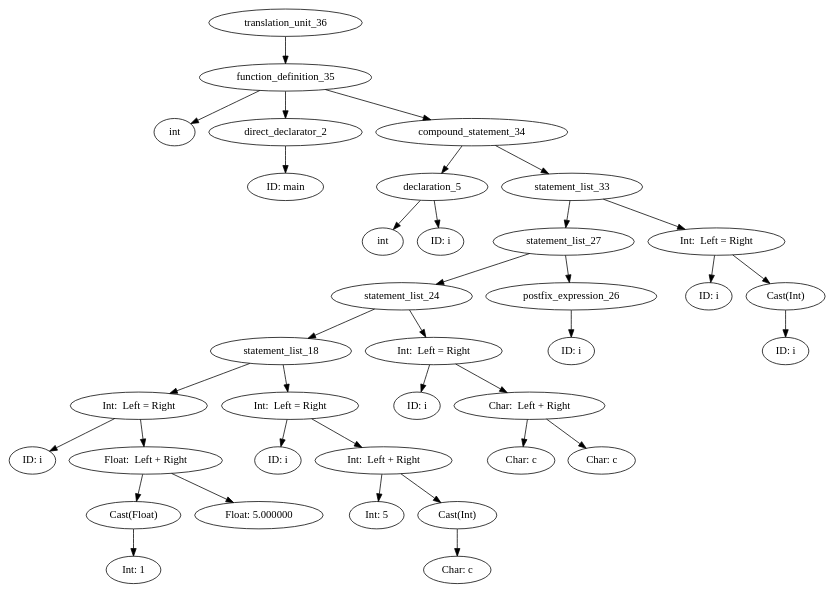
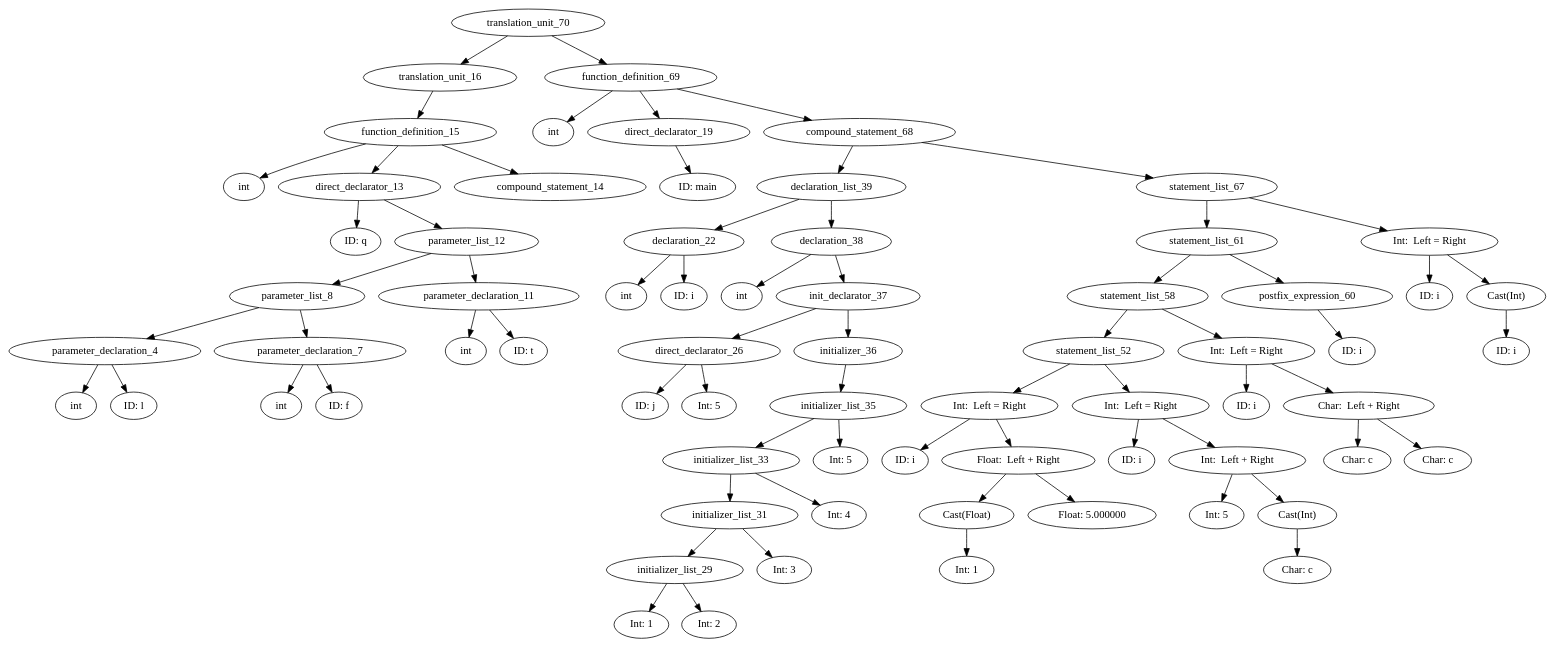
One commit to ahpalmerUNR/c_compiler changed the diagram in graphs/default.gv. Above: the diagram before and after it, drawn with Graphviz. The commit also changed 1 other file, not shown here.

```diff
--- a/graphs/default.gv
+++ b/graphs/default.gv
@@ -1,63 +1,113 @@
 digraph AST {
-	translation_unit_36 -> function_definition_35;
-	function_definition_35 -> type_specifier_0;
+	translation_unit_70 -> translation_unit_16;
+	translation_unit_16 -> function_definition_15;
+	function_definition_15 -> type_specifier_0;
 	type_specifier_0 [label="int"]
-	function_definition_35 -> direct_declarator_2;
-	direct_declarator_2 -> identifier_1;
-	identifier_1 [label="ID: main"]
-	function_definition_35 -> compound_statement_34;
-	compound_statement_34 -> declaration_5;
-	declaration_5 -> type_specifier_3;
-	type_specifier_3 [label="int"]
-	declaration_5 -> identifier_4;
-	identifier_4 [label="ID: i"]
-	compound_statement_34 -> statement_list_33;
-	statement_list_33 -> statement_list_27;
-	statement_list_27 -> statement_list_24;
-	statement_list_24 -> statement_list_18;
-	statement_list_18 -> assignment_expression_11;
-	assignment_expression_11 [label="Int:  Left = Right"]
-	assignment_expression_11 -> identifier_6;
-	identifier_6 [label="ID: i"]
-	assignment_expression_11 -> operator_expression_9;
-	operator_expression_9 [label="Float:  Left + Right"]
-	operator_expression_9 -> implicit_cast_10;
-	implicit_cast_10 [label="Cast(Float)"]
-	implicit_cast_10 -> constant_7;
-	constant_7 [label="Int: 1"]
-	operator_expression_9 -> constant_8;
-	constant_8 [label="Float: 5.000000"]
-	statement_list_18 -> assignment_expression_17;
-	assignment_expression_17 [label="Int:  Left = Right"]
-	assignment_expression_17 -> identifier_12;
-	identifier_12 [label="ID: i"]
-	assignment_expression_17 -> operator_expression_15;
-	operator_expression_15 [label="Int:  Left + Right"]
-	operator_expression_15 -> constant_13;
-	constant_13 [label="Int: 5"]
-	operator_expression_15 -> implicit_cast_16;
-	implicit_cast_16 [label="Cast(Int)"]
-	implicit_cast_16 -> constant_14;
-	constant_14 [label="Char: c"]
-	statement_list_24 -> assignment_expression_23;
-	assignment_expression_23 [label="Int:  Left = Right"]
-	assignment_expression_23 -> identifier_19;
-	identifier_19 [label="ID: i"]
-	assignment_expression_23 -> operator_expression_22;
-	operator_expression_22 [label="Char:  Left + Right"]
-	operator_expression_22 -> constant_20;
-	constant_20 [label="Char: c"]
-	operator_expression_22 -> constant_21;
-	constant_21 [label="Char: c"]
-	statement_list_27 -> postfix_expression_26;
-	postfix_expression_26 -> identifier_25;
-	identifier_25 [label="ID: i"]
-	statement_list_33 -> assignment_expression_32;
-	assignment_expression_32 [label="Int:  Left = Right"]
-	assignment_expression_32 -> identifier_28;
-	identifier_28 [label="ID: i"]
-	assignment_expression_32 -> cast_expression31;
-	cast_expression31 [label="Cast(Int)"]
-	cast_expression31 -> identifier_30;
-	identifier_30 [label="ID: i"]
+	function_definition_15 -> direct_declarator_13;
+	direct_declarator_13 -> identifier_1;
+	identifier_1 [label="ID: q"]
+	direct_declarator_13 -> parameter_list_12;
+	parameter_list_12 -> parameter_list_8;
+	parameter_list_8 -> parameter_declaration_4;
+	parameter_declaration_4 -> type_specifier_2;
+	type_specifier_2 [label="int"]
+	parameter_declaration_4 -> identifier_3;
+	identifier_3 [label="ID: l"]
+	parameter_list_8 -> parameter_declaration_7;
+	parameter_declaration_7 -> type_specifier_5;
+	type_specifier_5 [label="int"]
+	parameter_declaration_7 -> identifier_6;
+	identifier_6 [label="ID: f"]
+	parameter_list_12 -> parameter_declaration_11;
+	parameter_declaration_11 -> type_specifier_9;
+	type_specifier_9 [label="int"]
+	parameter_declaration_11 -> identifier_10;
+	identifier_10 [label="ID: t"]
+	function_definition_15 -> compound_statement_14;
+	translation_unit_70 -> function_definition_69;
+	function_definition_69 -> type_specifier_17;
+	type_specifier_17 [label="int"]
+	function_definition_69 -> direct_declarator_19;
+	direct_declarator_19 -> identifier_18;
+	identifier_18 [label="ID: main"]
+	function_definition_69 -> compound_statement_68;
+	compound_statement_68 -> declaration_list_39;
+	declaration_list_39 -> declaration_22;
+	declaration_22 -> type_specifier_20;
+	type_specifier_20 [label="int"]
+	declaration_22 -> identifier_21;
+	identifier_21 [label="ID: i"]
+	declaration_list_39 -> declaration_38;
+	declaration_38 -> type_specifier_23;
+	type_specifier_23 [label="int"]
+	declaration_38 -> init_declarator_37;
+	init_declarator_37 -> direct_declarator_26;
+	direct_declarator_26 -> identifier_24;
+	identifier_24 [label="ID: j"]
+	direct_declarator_26 -> constant_25;
+	constant_25 [label="Int: 5"]
+	init_declarator_37 -> initializer_36;
+	initializer_36 -> initializer_list_35;
+	initializer_list_35 -> initializer_list_33;
+	initializer_list_33 -> initializer_list_31;
+	initializer_list_31 -> initializer_list_29;
+	initializer_list_29 -> constant_27;
+	constant_27 [label="Int: 1"]
+	initializer_list_29 -> constant_28;
+	constant_28 [label="Int: 2"]
+	initializer_list_31 -> constant_30;
+	constant_30 [label="Int: 3"]
+	initializer_list_33 -> constant_32;
+	constant_32 [label="Int: 4"]
+	initializer_list_35 -> constant_34;
+	constant_34 [label="Int: 5"]
+	compound_statement_68 -> statement_list_67;
+	statement_list_67 -> statement_list_61;
+	statement_list_61 -> statement_list_58;
+	statement_list_58 -> statement_list_52;
+	statement_list_52 -> assignment_expression_45;
+	assignment_expression_45 [label="Int:  Left = Right"]
+	assignment_expression_45 -> identifier_40;
+	identifier_40 [label="ID: i"]
+	assignment_expression_45 -> operator_expression_43;
+	operator_expression_43 [label="Float:  Left + Right"]
+	operator_expression_43 -> implicit_cast_44;
+	implicit_cast_44 [label="Cast(Float)"]
+	implicit_cast_44 -> constant_41;
+	constant_41 [label="Int: 1"]
+	operator_expression_43 -> constant_42;
+	constant_42 [label="Float: 5.000000"]
+	statement_list_52 -> assignment_expression_51;
+	assignment_expression_51 [label="Int:  Left = Right"]
+	assignment_expression_51 -> identifier_46;
+	identifier_46 [label="ID: i"]
+	assignment_expression_51 -> operator_expression_49;
+	operator_expression_49 [label="Int:  Left + Right"]
+	operator_expression_49 -> constant_47;
+	constant_47 [label="Int: 5"]
+	operator_expression_49 -> implicit_cast_50;
+	implicit_cast_50 [label="Cast(Int)"]
+	implicit_cast_50 -> constant_48;
+	constant_48 [label="Char: c"]
+	statement_list_58 -> assignment_expression_57;
+	assignment_expression_57 [label="Int:  Left = Right"]
+	assignment_expression_57 -> identifier_53;
+	identifier_53 [label="ID: i"]
+	assignment_expression_57 -> operator_expression_56;
+	operator_expression_56 [label="Char:  Left + Right"]
+	operator_expression_56 -> constant_54;
+	constant_54 [label="Char: c"]
+	operator_expression_56 -> constant_55;
+	constant_55 [label="Char: c"]
+	statement_list_61 -> postfix_expression_60;
+	postfix_expression_60 -> identifier_59;
+	identifier_59 [label="ID: i"]
+	statement_list_67 -> assignment_expression_66;
+	assignment_expression_66 [label="Int:  Left = Right"]
+	assignment_expression_66 -> identifier_62;
+	identifier_62 [label="ID: i"]
+	assignment_expression_66 -> cast_expression65;
+	cast_expression65 [label="Cast(Int)"]
+	cast_expression65 -> identifier_64;
+	identifier_64 [label="ID: i"]
 }
```
